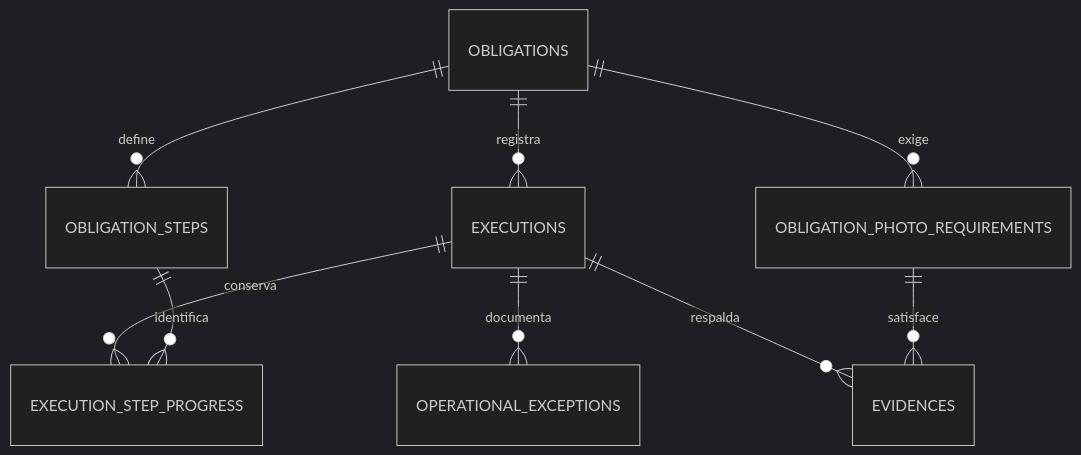
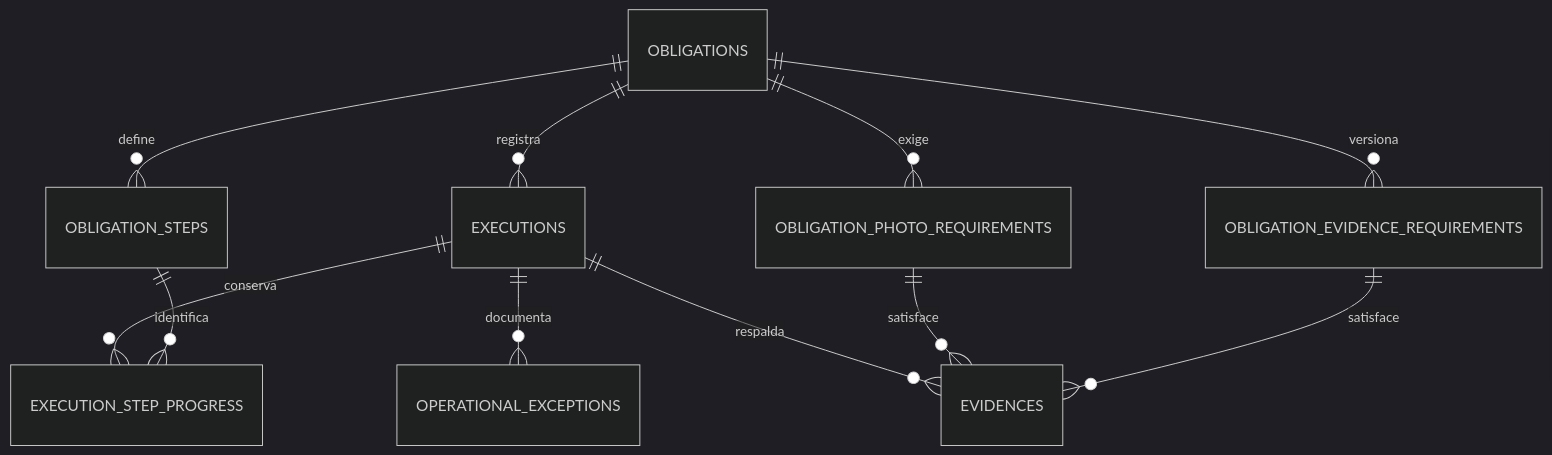
The diagram in docs/field-operations/operator-flow.md (OperviaStartup/serviceComplianceAPI), drawn with Mermaid (dark theme) before and after one commit. The commit also changed other lines of this file and 2 other files, not shown here.

````diff
--- a/docs/field-operations/operator-flow.md
+++ b/docs/field-operations/operator-flow.md
@@ -215,11 +241,13 @@
 ```mermaid
 erDiagram
     OBLIGATIONS ||--o{ EXECUTIONS : registra
     OBLIGATIONS ||--o{ OBLIGATION_STEPS : define
     OBLIGATIONS ||--o{ OBLIGATION_PHOTO_REQUIREMENTS : exige
+    OBLIGATIONS ||--o{ OBLIGATION_EVIDENCE_REQUIREMENTS : versiona
     EXECUTIONS ||--o{ EXECUTION_STEP_PROGRESS : conserva
     EXECUTIONS ||--o{ OPERATIONAL_EXCEPTIONS : documenta
     EXECUTIONS ||--o{ EVIDENCES : respalda
     OBLIGATION_STEPS ||--o{ EXECUTION_STEP_PROGRESS : identifica
     OBLIGATION_PHOTO_REQUIREMENTS ||--o{ EVIDENCES : satisface
+    OBLIGATION_EVIDENCE_REQUIREMENTS ||--o{ EVIDENCES : satisface
 ```
````
